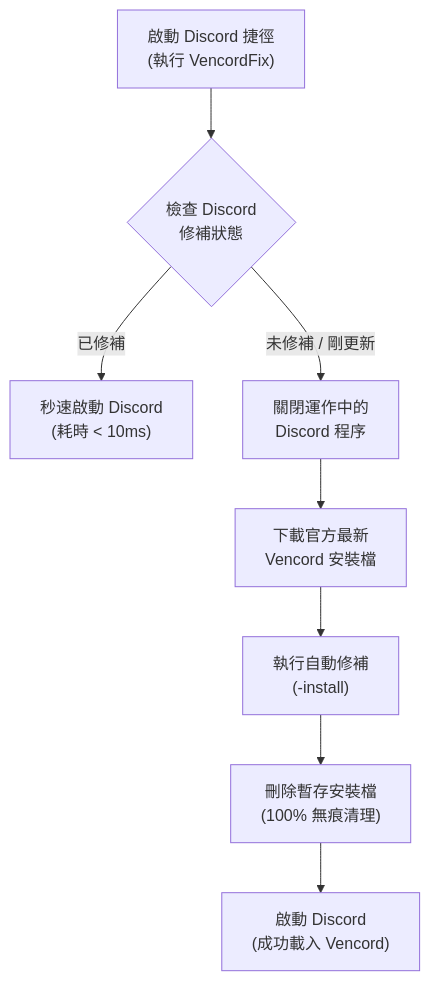
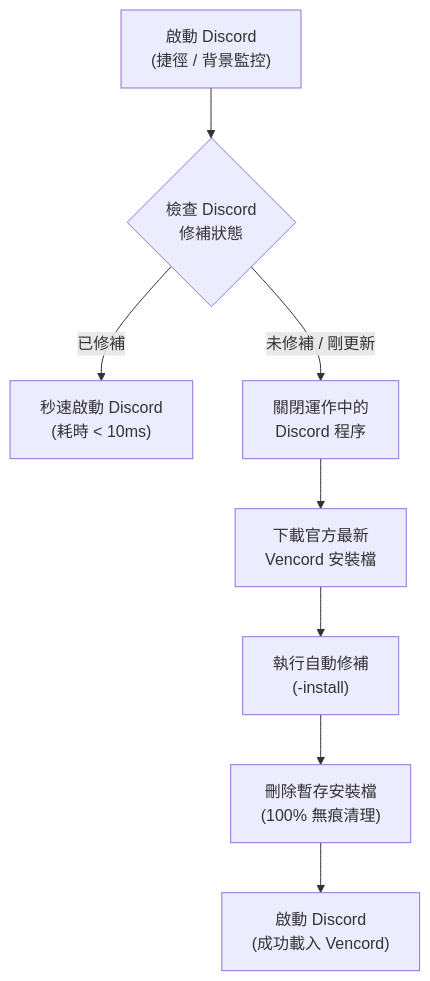
One commit to eclipse999/VencordFix changed the diagram in docs/README.zh-TW.md. Above: the diagram before and after it, drawn with Mermaid. The commit also changed other lines of this file and 1 other file, not shown here.

Commit message:
docs: update features, flowchart, and directory tree to reflect GUI and assets

````diff
--- a/docs/README.zh-TW.md
+++ b/docs/README.zh-TW.md
@@ -71,10 +72,10 @@
 ```mermaid
 flowchart TD
-    A["啟動 Discord 捷徑<br/>(執行 VencordFix)"] --> B{"檢查 Discord<br/>修補狀態"}
+    A["啟動 Discord<br/>(捷徑 / 背景監控)"] --> B{"檢查 Discord<br/>修補狀態"}
     B -->|已修補| C["秒速啟動 Discord<br/>(耗時 &lt; 10ms)"]
     B -->|未修補 / 剛更新| D["關閉運作中的<br/>Discord 程序"]
     D --> E["下載官方最新<br/>Vencord 安裝檔"]
     E --> F["執行自動修補<br/>(-install)"]
     F --> G["刪除暫存安裝檔<br/>(100% 無痕清理)"]
     G --> H["啟動 Discord<br/>(成功載入 Vencord)"]
 ```
````
